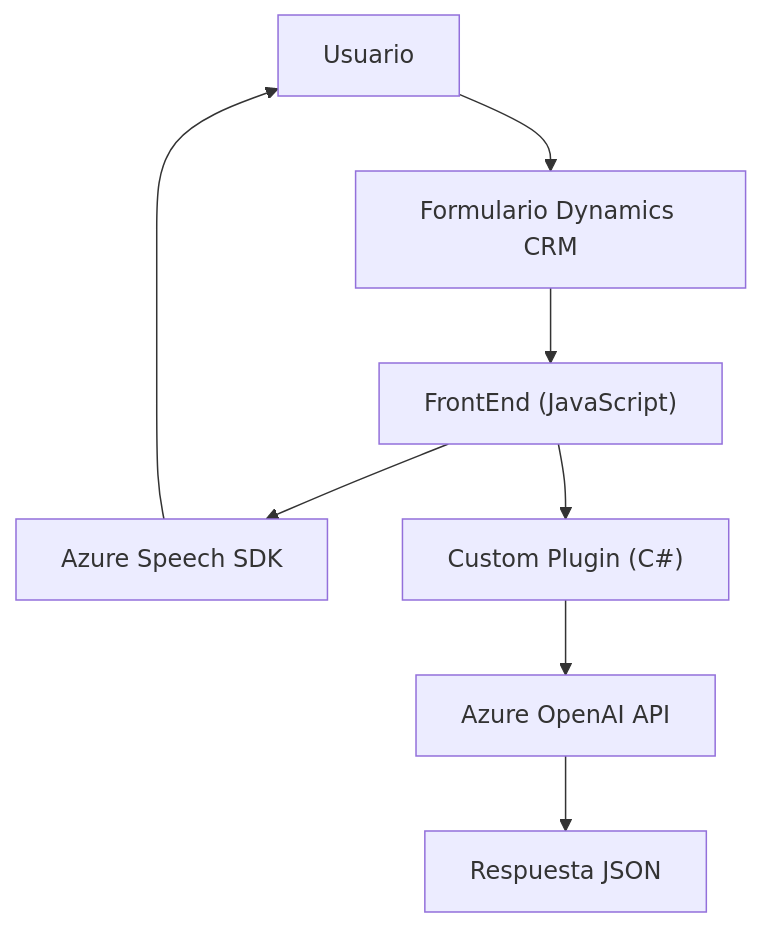
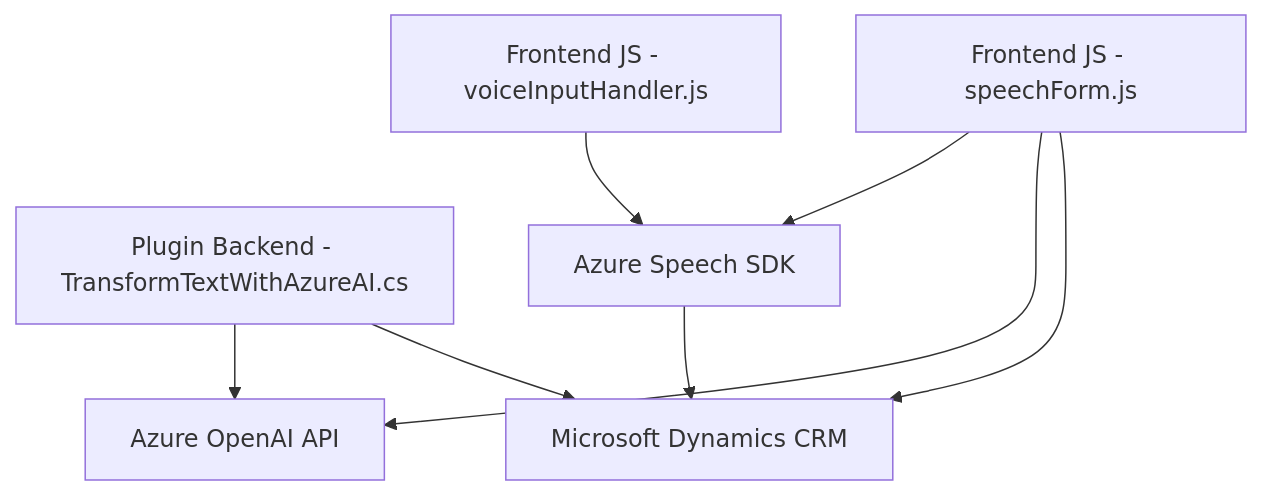
Before and after one commit to blopezdm/NETCORE_BILBAO2025: the diagram in README.md, drawn with Mermaid. The commit also changed other lines of this file, not shown here.

````diff
--- a/README.md
+++ b/README.md
@@ -41,18 +52,17 @@
 ```mermaid
 graph TD
-A["Usuario"]
-B["Formulario Dynamics CRM"]
-C["FrontEnd (JavaScript)"]
-D["Azure Speech SDK"]
-E["Custom Plugin (C#)"]
-F["Azure OpenAI API"]
-G["Respuesta JSON"]
+  A["Frontend JS - voiceInputHandler.js"]
+  B["Frontend JS - speechForm.js"]
+  C["Plugin Backend - TransformTextWithAzureAI.cs"]
+  D["Azure Speech SDK"]
+  E["Azure OpenAI API"]
+  F["Microsoft Dynamics CRM"]
 
-A --> B
-B --> C
-C --> D
-C --> E
-E --> F
-F --> G
-D --> A
+  A --> D
+  B --> D
+  B --> E
+  C --> E
+  B --> F
+  C --> F
+  D --> F
 ```
````
